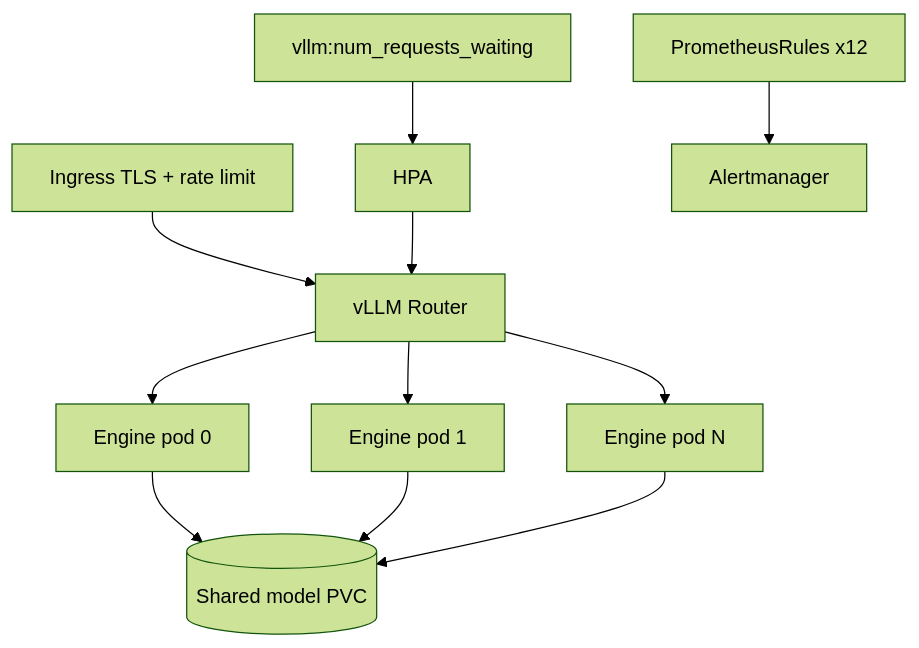
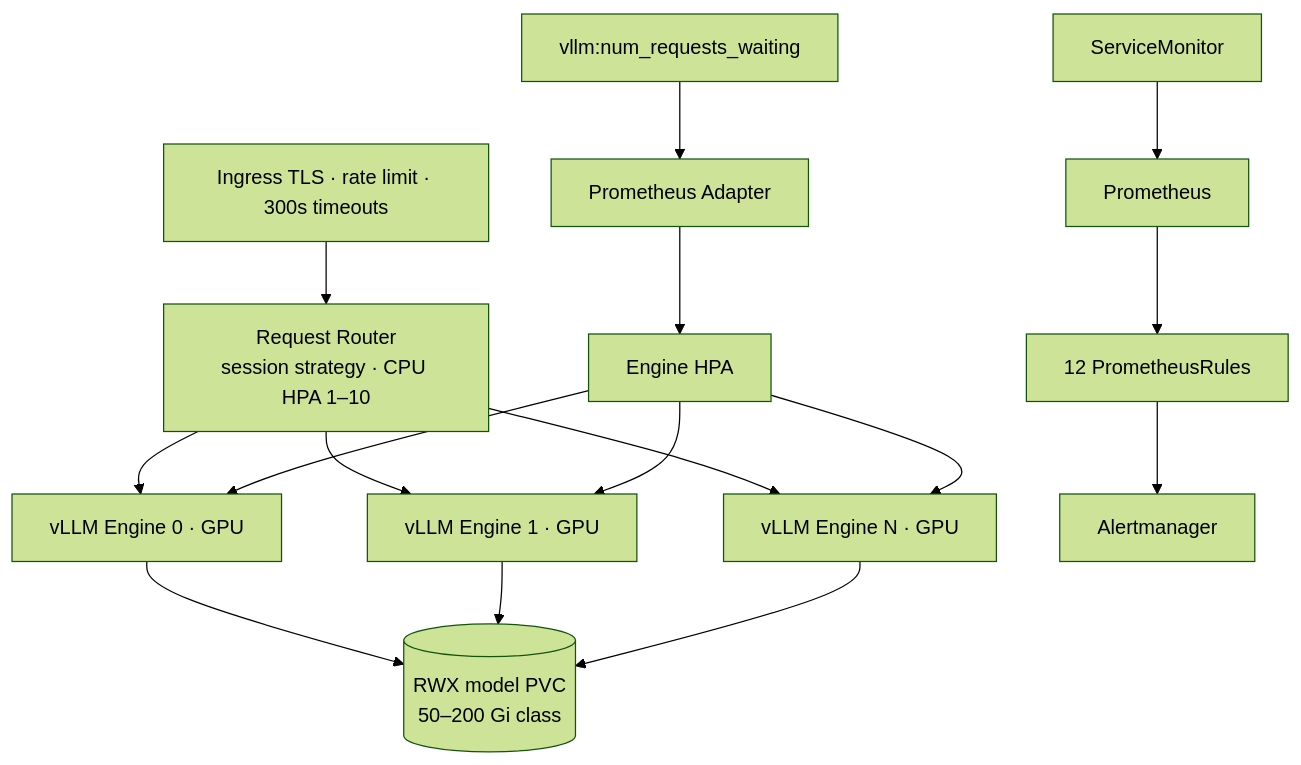
Before and after one commit to ArchanaChetan07/KubeInfer: the fifth of 7 diagrams in README.md, drawn with Mermaid (forest theme). The commit also changed other lines of this file, not shown here.

Commit message:
docs: FAANG-ready README with Helm architecture diagrams and prod HPA/alert metrics

````diff
--- a/README.md
+++ b/README.md
@@ -28,13 +144,14 @@
 ```mermaid
 flowchart TB
-  IN[Ingress TLS + rate limit] --> R[vLLM Router]
-  R --> E0[Engine pod 0]
-  R --> E1[Engine pod 1]
-  R --> EN[Engine pod N]
-  E0 --> PVC[(Shared model PVC)]
-  E1 --> PVC
-  EN --> PVC
-  Q[vllm:num_requests_waiting] --> HPA[HPA]
-  HPA --> R
-  M[PrometheusRules x12] --> AM[Alertmanager]
+  IN["Ingress TLS · rate limit · 300s timeouts"] --> R["Request Router<br/>session strategy · CPU HPA 1–10"]
+  R --> E0[vLLM Engine 0 · GPU]
+  R --> E1[vLLM Engine 1 · GPU]
+  R --> EN[vLLM Engine N · GPU]
+  E0 & E1 & EN --> PVC[("RWX model PVC<br/>50–200 Gi class")]
+  Q["vllm:num_requests_waiting"] --> AD[Prometheus Adapter]
+  AD --> HPA[Engine HPA]
+  HPA --> E0 & E1 & EN
+  SM[ServiceMonitor] --> PROM[Prometheus]
+  PROM --> RULES["12 PrometheusRules"]
+  RULES --> AM[Alertmanager]
 ```
````
